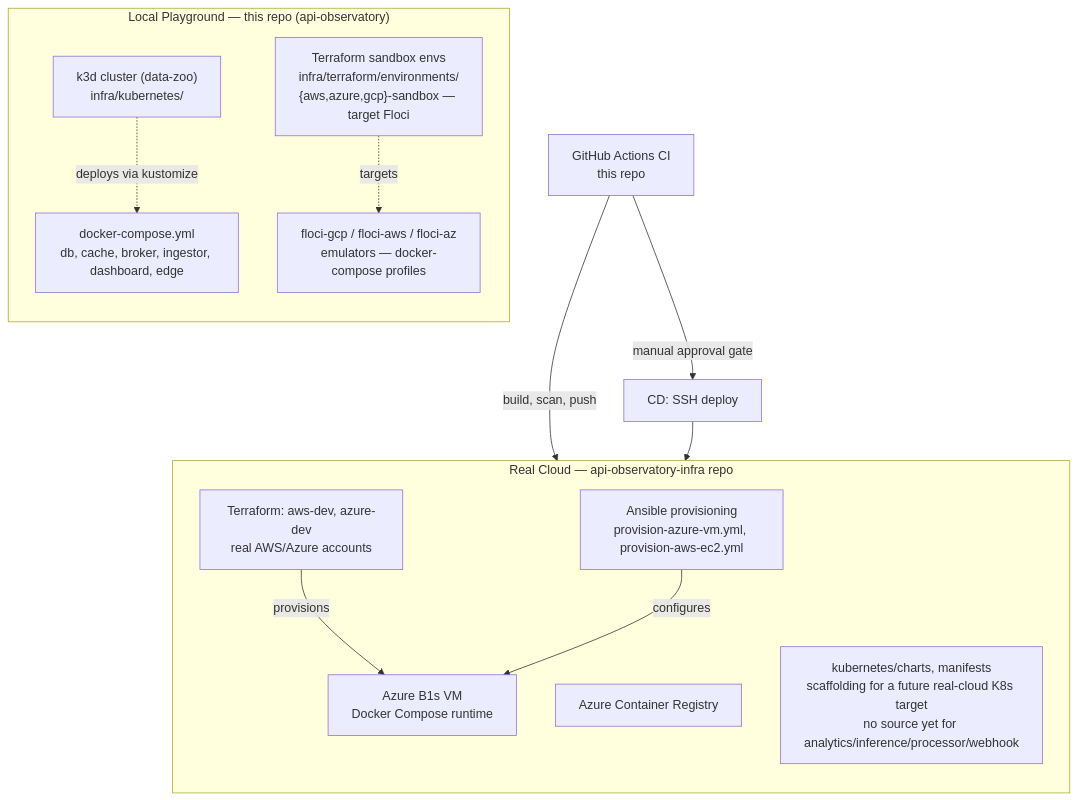
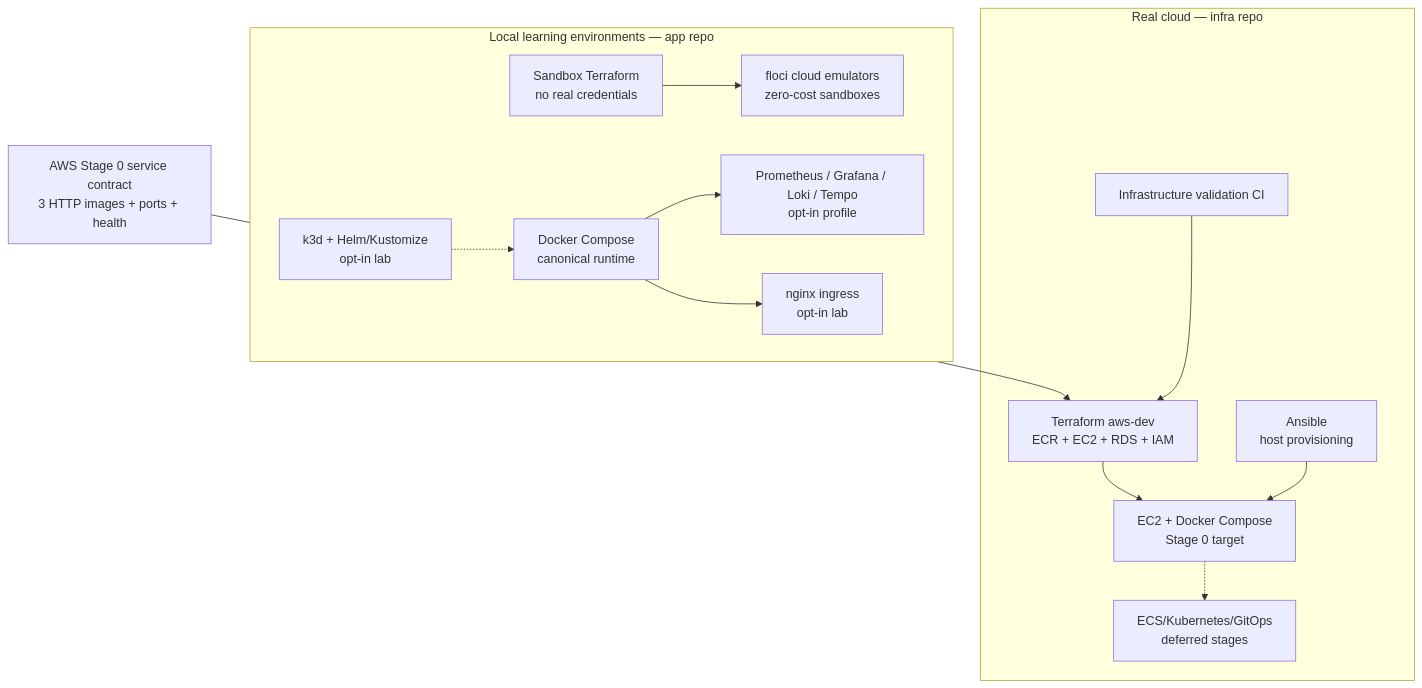
The diagram in docs/02-architecture/infrastructure-architecture.md (ivanprytula/api-observatory), drawn with Mermaid before and after one commit. The commit also changed other lines of this file and 14 other files, not shown here.

Commit message:
docs(architecture): reconcile architecture and engineering guidance

````diff
--- a/docs/02-architecture/infrastructure-architecture.md
+++ b/docs/02-architecture/infrastructure-architecture.md
@@ -11,27 +20,31 @@
 ```mermaid
 flowchart TB
-    subgraph Local["Local Playground — this repo (api-observatory)"]
-      direction TB
-      Compose["docker-compose.yml\ndb, cache, broker, ingestor, dashboard, edge"]
-      K3d["k3d cluster (data-zoo)\ninfra/kubernetes/"]
-      Floci["floci-gcp / floci-aws / floci-az\nemulators — docker-compose profiles"]
-      SandboxTF["Terraform sandbox envs\ninfra/terraform/environments/\n{aws,azure,gcp}-sandbox — target Floci"]
+    subgraph Local["Local learning environments — app repo"]
+      Compose["Docker Compose\ncanonical runtime"]
+      Monitoring["Prometheus / Grafana / Loki / Tempo\nopt-in profile"]
+      Edge["nginx ingress\nopt-in lab"]
+      K3d["k3d + Helm/Kustomize\nopt-in lab"]
+      Emulators["floci cloud emulators\nzero-cost sandboxes"]
+      SandboxTF["Sandbox Terraform\nno real credentials"]
     end
 
-    subgraph Cloud["Real Cloud — api-observatory-infra repo"]
-      direction TB
-      DevTF["Terraform: aws-dev, azure-dev\nreal AWS/Azure accounts"]
-      Ansible["Ansible provisioning\nprovision-azure-vm.yml, provision-aws-ec2.yml"]
-      AzureVM["Azure B1s VM\nDocker Compose runtime"]
-      ACR["Azure Container Registry"]
-      K8sScaffold["kubernetes/charts, manifests\nscaffolding for a future real-cloud K8s target\nno source yet for analytics/inference/processor/webhook"]
+    Contract["AWS Stage 0 service contract\n3 HTTP images + ports + health"]
+
+    subgraph Cloud["Real cloud — infra repo"]
+      TF["Terraform aws-dev\nECR + EC2 + RDS + IAM"]
+      Ansible["Ansible\nhost provisioning"]
+      Runtime["EC2 + Docker Compose\nStage 0 target"]
+      CI["Infrastructure validation CI"]
+      Future["ECS/Kubernetes/GitOps\ndeferred stages"]
     end
 
-    CI["GitHub Actions CI\nthis repo"] -->|build, scan, push| ACR
-    CI -->|manual approval gate| CD["CD: SSH deploy"]
-    CD --> AzureVM
-    DevTF -->|provisions| AzureVM
-    Ansible -->|configures| AzureVM
-    SandboxTF -.->|targets| Floci
-    K3d -.->|deploys via kustomize| Compose
+    SandboxTF --> Emulators
+    Compose --> Monitoring
+    Compose --> Edge
+    K3d -.-> Compose
+    Contract --> TF
+    TF --> Runtime
+    Ansible --> Runtime
+    CI --> TF
+    Runtime -.-> Future
 ```
````
